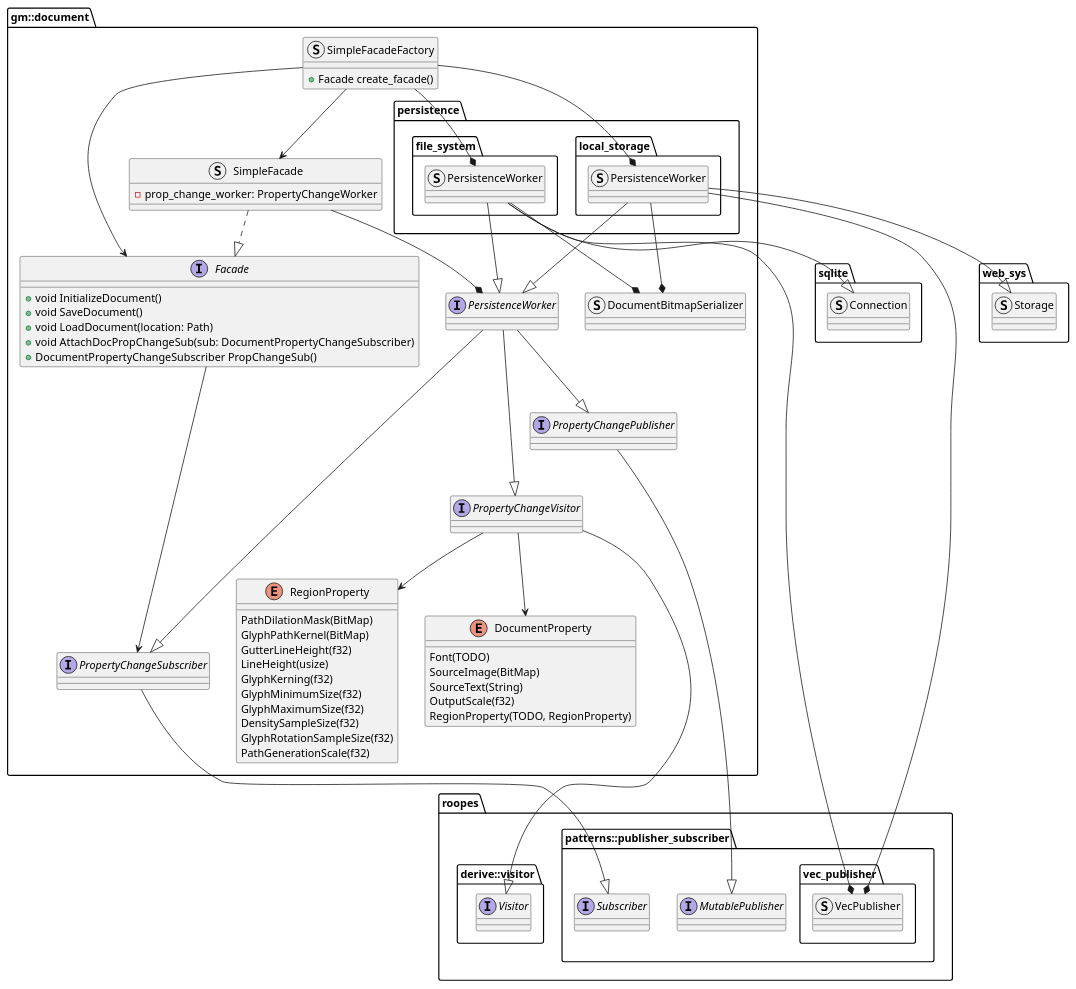
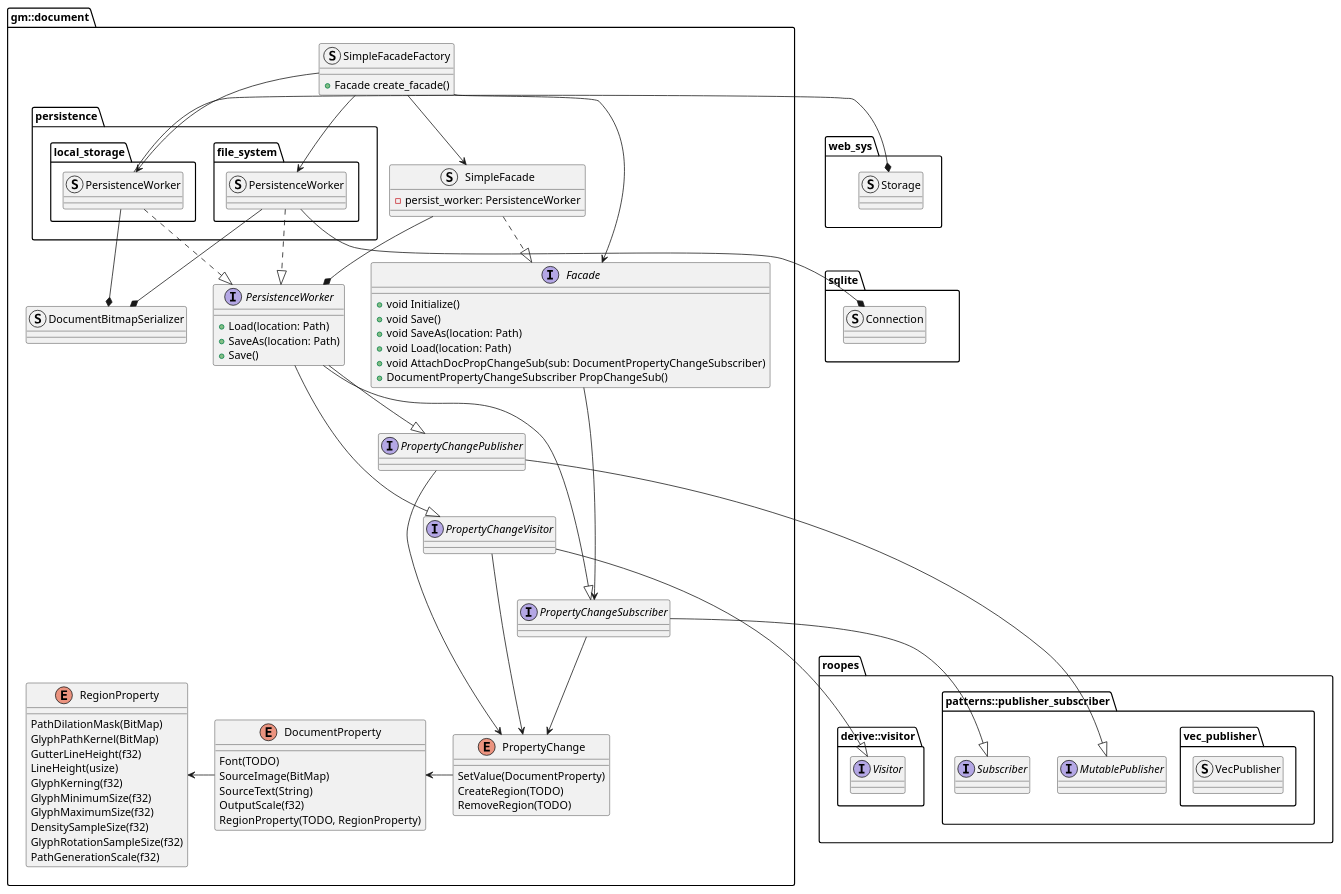
One commit to zwerdlds/GlyphMosaic changed the diagram in documentation/Specification/diagrams/subsystems/document.plantuml. Above: the diagram before and after it, drawn with PlantUML. The commit also changed 1 other file, not shown here.

Commit message:
docs: document diagram worker and propertychange changes

```diff
--- a/documentation/Specification/diagrams/subsystems/document.plantuml
+++ b/documentation/Specification/diagrams/subsystems/document.plantuml
@@ -1,119 +1,135 @@
 @startuml
 skinparam componentStyle uml1
 
 package "gm::document" as doc {
     interface "Facade" as docf{
-        + void InitializeDocument()
-        + void SaveDocument()
-        + void LoadDocument(location: Path)
+        + void Initialize()
+        + void Save()
+        + void SaveAs(location: Path)
+        + void Load(location: Path)
         + void AttachDocPropChangeSub(sub: DocumentPropertyChangeSubscriber)
         + DocumentPropertyChangeSubscriber PropChangeSub()
+    }
+
+    enum "PropertyChange" as docpc {
+        SetValue(DocumentProperty)
+        CreateRegion(TODO)
+        RemoveRegion(TODO)
     }
 
     enum "DocumentProperty" as docp {
         Font(TODO)
         SourceImage(BitMap)
         SourceText(String)
         OutputScale(f32)
         RegionProperty(TODO, RegionProperty)
     }
 
     enum "RegionProperty" as docrp {
         PathDilationMask(BitMap)
         GlyphPathKernel(BitMap)
         GutterLineHeight(f32)
         LineHeight(usize)
         GlyphKerning(f32)
         GlyphMinimumSize(f32)
         GlyphMaximumSize(f32)
         DensitySampleSize(f32)
         GlyphRotationSampleSize(f32)
         PathGenerationScale(f32)
     }
 
     interface "PropertyChangePublisher" as docpcp
     interface "PropertyChangeSubscriber" as docpcs
     interface "PropertyChangeVisitor" as docpcv
-    interface "PersistenceWorker" as docpw
+    interface "PersistenceWorker" as docpw {
+        + Load(location: Path)
+        + SaveAs(location: Path)
+        + Save()
+    }
 
     struct "SimpleFacadeFactory" as docsff {
         + Facade create_facade()
     }
     struct "SimpleFacade" as docsf {
-        - prop_change_worker: PropertyChangeWorker
+        - persist_worker: PersistenceWorker
     }
 
     struct "DocumentBitmapSerializer" as docbmpser
 
     package "persistence" as docpers{
         package "file_system" as docperfs {
             struct "PersistenceWorker" as docperfspw
         }
 
         package "local_storage" as docperls {
             struct "PersistenceWorker" as docperlspw
         }
     }
 }
 
+package "roopes"  as roopes {
+    package "patterns::publisher_subscriber" as rps {
+        interface "MutablePublisher" as rmpsp
+        interface "Subscriber" as rpss
 
-package "roopes" {
-    package "patterns::publisher_subscriber" as rps {
-        interface "MutablePublisher" as rmp
-        interface "Subscriber" as rs
-
-        package "vec_publisher" {
-            struct "VecPublisher" as rvp
+        package "vec_publisher" as rpsvp {
+            struct "VecPublisher" as rpsvpvp
         }
     }
 
-    package "derive::visitor" as rvmod{
-        interface "Visitor" as rv
+    package "derive::visitor" as rv {
+        interface "Visitor" as rvv
     }
 }
 
 package "web_sys" as ws {
 
     struct "Storage" as wss
 }
 
 package "sqlite" as sql {
     struct "Connection" as sqlc
 }
 
+docpc -l-> docp
+
+docp -l-> docrp
+
 docf --> docpcs
 
 docsf ..|> docf
 docsf --* docpw
 
 docsff --> docsf
 docsff --> docf
+docsff --> docperfspw
+docsff --> docperlspw
 
-docpcs --|> rs
+docpcs --|> rpss
+docpcs --> docpc
 
 docpw --|> docpcp
 docpw --|> docpcv
 docpw --|> docpcs
 
 docpcp -d[hidden]- docpcv
 docpcv -d[hidden]- docpcs
 
-docpcp --|> rmp
+docpcp --|> rmpsp
+docpcp --> docpc
 
-docpcv --|> rv
-docpcv --> docp
-docpcv --> docrp
+docpcv --|> rvv
+docpcv --> docpc
 
-docsff --* docperlspw
-docperlspw --|> docpw
-docperlspw --|> wss
-docperlspw --* rvp
+docperlspw ..|> docpw
+docperlspw -r--* wss
 docperlspw --* docbmpser
 
-docsff --* docperfspw
-docperfspw --|> docpw
-docperfspw --|> sqlc
-docperfspw --* rvp
+docperfspw ..|> docpw
+docperfspw -r--* sqlc
 docperfspw --* docbmpser
 
+doc -r[hidden]- ws
+ws  -d[hidden]- sql
+
 @enduml
```
